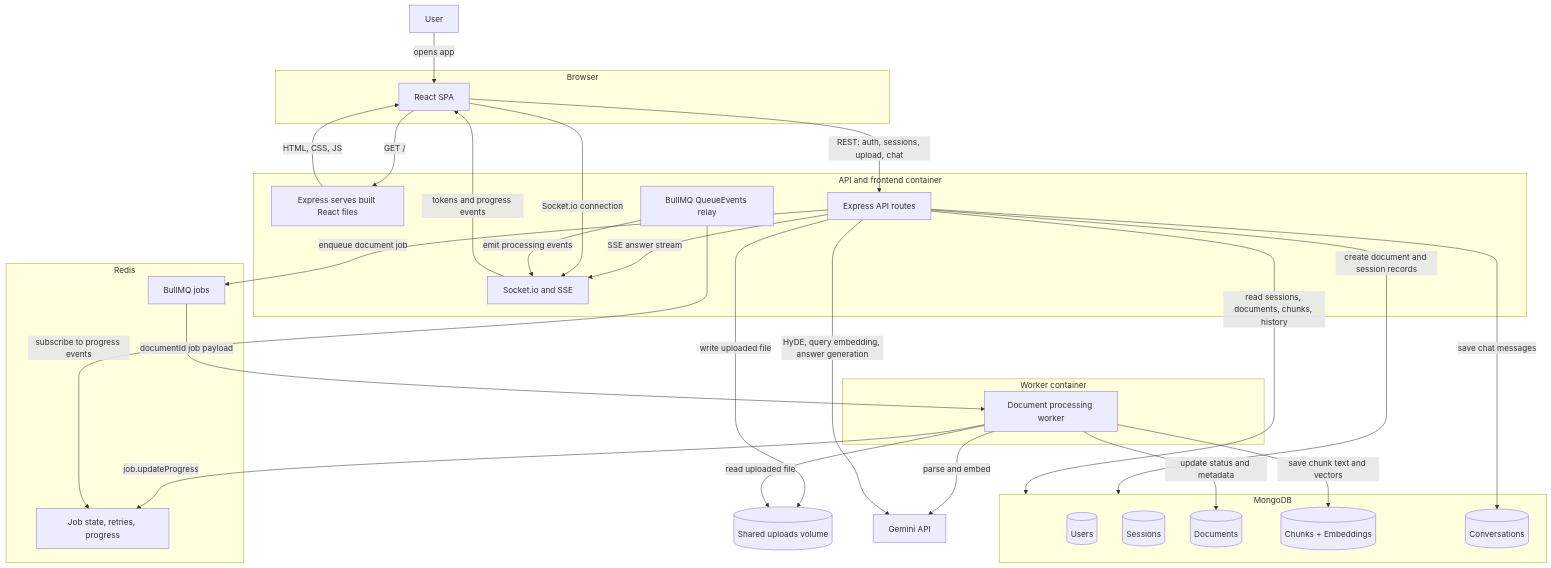
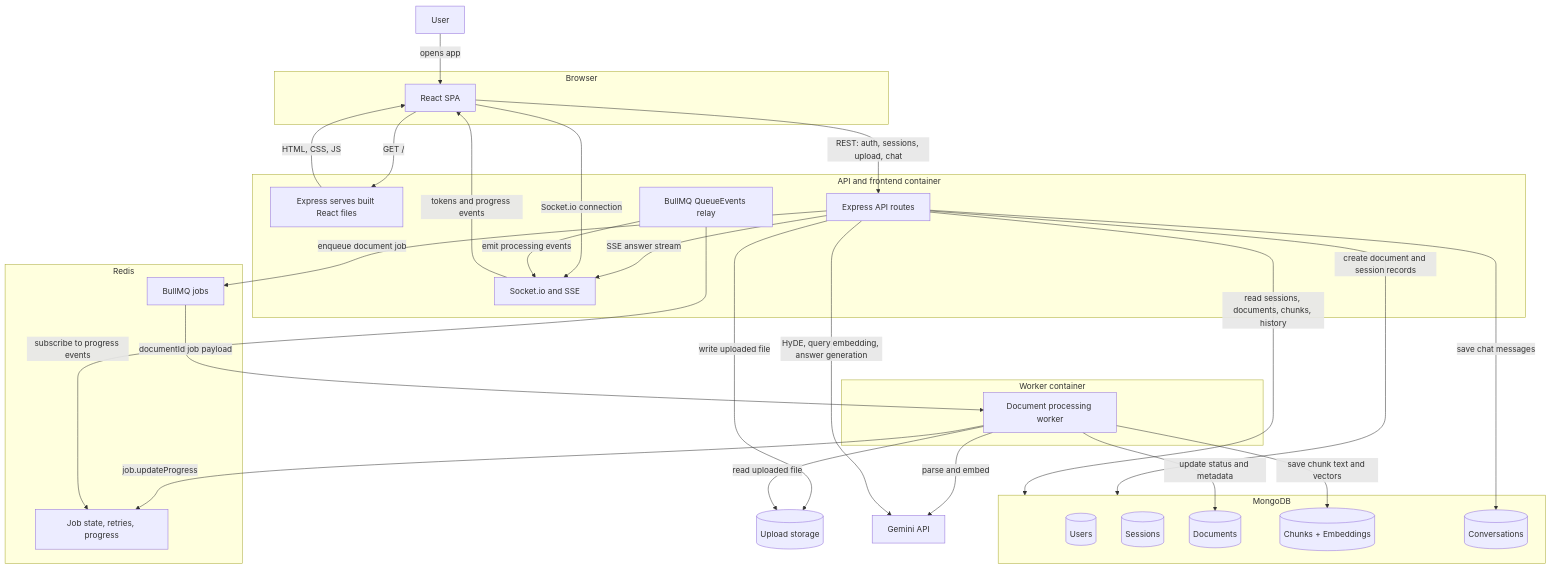
The first of 2 diagrams in README.md (parihar-harsh/RAG-based-doc-scanner), drawn with Mermaid before and after one commit. The commit also changed other lines of this file and 23 other files, not shown here.

````diff
--- a/README.md
+++ b/README.md
@@ -42,63 +42,63 @@
 ```mermaid
 flowchart TB
   User[User]
 
   subgraph Browser[Browser]
     SPA[React SPA]
   end
 
   subgraph APIContainer[API and frontend container]
     Static[Express serves built React files]
     API[Express API routes]
     Realtime[Socket.io and SSE]
     QueueRelay[BullMQ QueueEvents relay]
   end
 
   subgraph WorkerContainer[Worker container]
     Worker[Document processing worker]
   end
 
-  Uploads[(Shared uploads volume)]
+  Uploads[(Upload storage)]
 
   subgraph RedisStore[Redis]
     Queue[BullMQ jobs]
     JobState[Job state, retries, progress]
   end
 
   subgraph MongoStore[MongoDB]
     Users[(Users)]
     Sessions[(Sessions)]
     Documents[(Documents)]
     Chunks[(Chunks + Embeddings)]
     Conversations[(Conversations)]
   end
 
   Gemini[Gemini API]
 
   User -->|opens app| SPA
   SPA -->|GET /| Static
   Static -->|HTML, CSS, JS| SPA
 
   SPA -->|REST: auth, sessions, upload, chat| API
   API -->|SSE answer stream| Realtime
   Realtime -->|tokens and progress events| SPA
   SPA -->|Socket.io connection| Realtime
 
   API -->|write uploaded file| Uploads
   API -->|create document and session records| MongoStore
   API -->|enqueue document job| Queue
 
   Queue -->|documentId job payload| Worker
   Worker -->|read uploaded file| Uploads
   Worker -->|parse and embed| Gemini
   Worker -->|update status and metadata| Documents
   Worker -->|save chunk text and vectors| Chunks
   Worker -->|job.updateProgress| JobState
 
   QueueRelay -->|subscribe to progress events| JobState
   QueueRelay -->|emit processing events| Realtime
 
   API -->|read sessions, documents, chunks, history| MongoStore
   API -->|HyDE, query embedding, answer generation| Gemini
   API -->|save chat messages| Conversations
 ```
````
